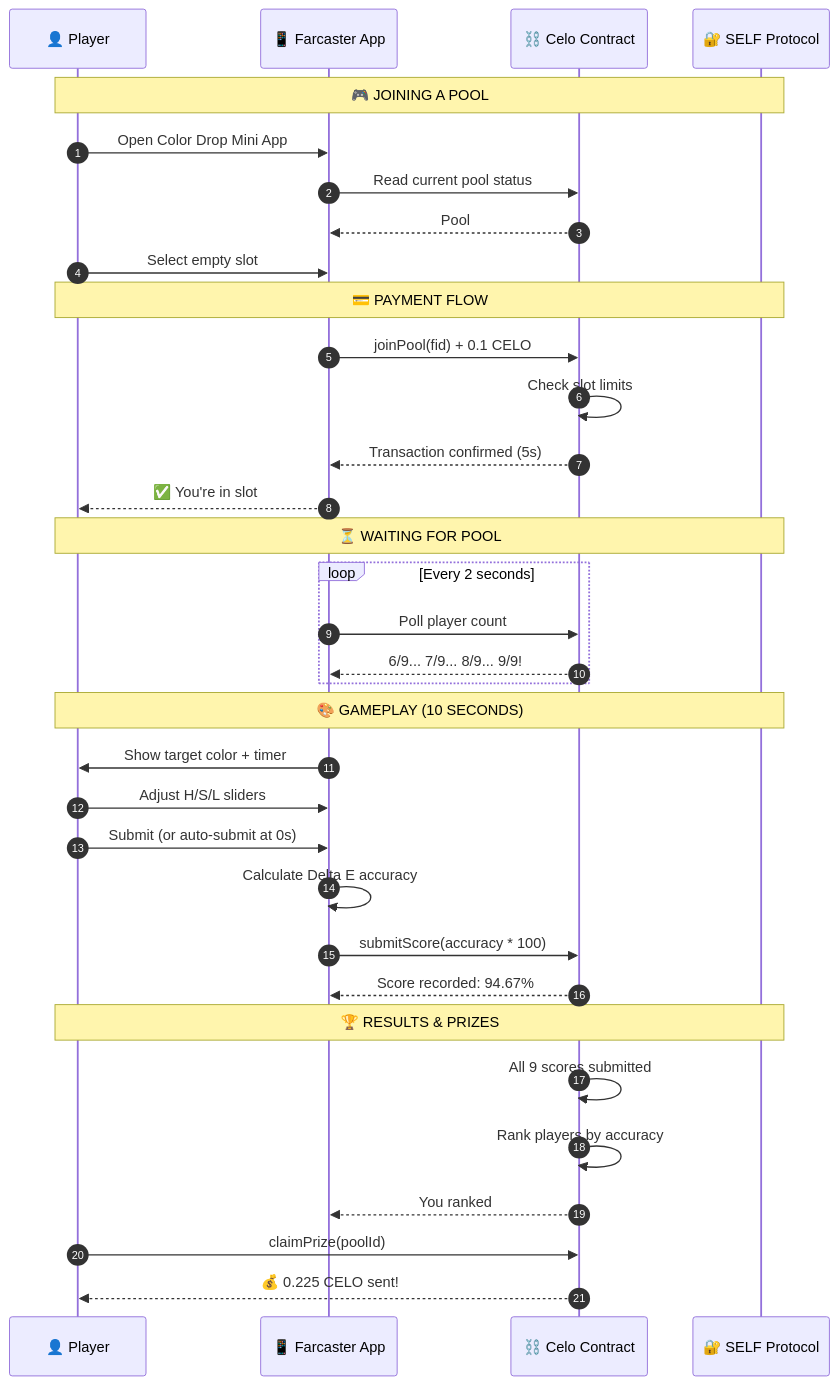
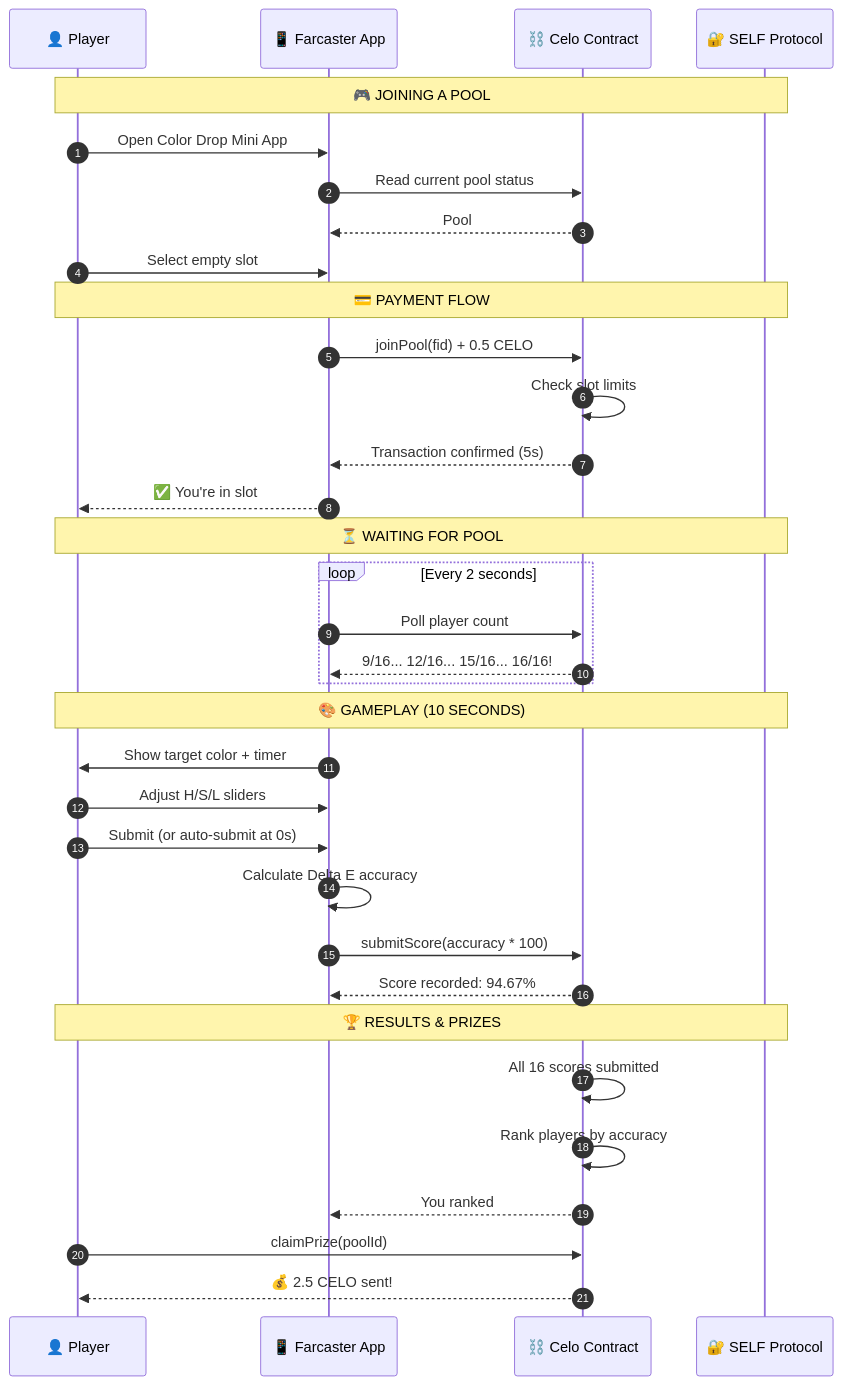
Before and after one commit to Art3-Hub/ColorDrop: the third of 9 diagrams in README.md, drawn with Mermaid. The commit also changed other lines of this file and 18 other files, not shown here.

````diff
--- a/README.md
+++ b/README.md
@@ -136,41 +136,41 @@
 ```mermaid
 sequenceDiagram
     autonumber
     participant P as 👤 Player
     participant F as 📱 Farcaster App
     participant C as ⛓️ Celo Contract
     participant S as 🔐 SELF Protocol
 
     Note over P,S: 🎮 JOINING A POOL
     P->>F: Open Color Drop Mini App
     F->>C: Read current pool status
-    C-->>F: Pool #248: 5/9 players
+    C-->>F: Pool #248: 8/16 players
     P->>F: Select empty slot #6
 
     Note over P,S: 💳 PAYMENT FLOW
-    F->>C: joinPool(fid) + 0.1 CELO
+    F->>C: joinPool(fid) + 0.5 CELO
     C->>C: Check slot limits
     C-->>F: Transaction confirmed (5s)
     F-->>P: ✅ You're in slot #6!
 
     Note over P,S: ⏳ WAITING FOR POOL
     loop Every 2 seconds
         F->>C: Poll player count
-        C-->>F: 6/9... 7/9... 8/9... 9/9!
+        C-->>F: 9/16... 12/16... 15/16... 16/16!
     end
 
     Note over P,S: 🎨 GAMEPLAY (10 SECONDS)
     F->>P: Show target color + timer
     P->>F: Adjust H/S/L sliders
     P->>F: Submit (or auto-submit at 0s)
     F->>F: Calculate Delta E accuracy
     F->>C: submitScore(accuracy * 100)
     C-->>F: Score recorded: 94.67%
 
     Note over P,S: 🏆 RESULTS & PRIZES
-    C->>C: All 9 scores submitted
+    C->>C: All 16 scores submitted
     C->>C: Rank players by accuracy
     C-->>F: You ranked #2! 🥈
     P->>C: claimPrize(poolId)
-    C-->>P: 💰 0.225 CELO sent!
+    C-->>P: 💰 2.5 CELO sent!
 ```
````
